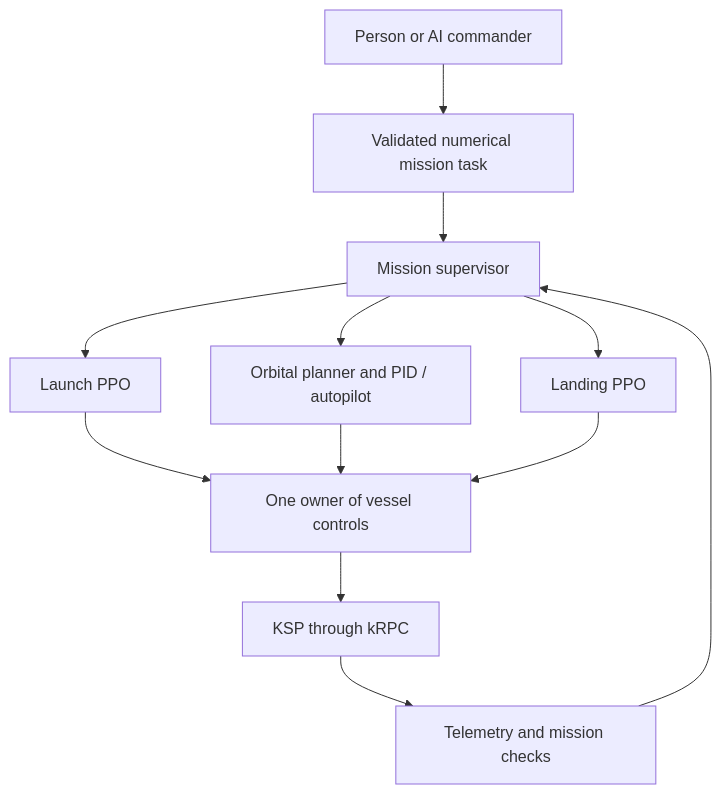
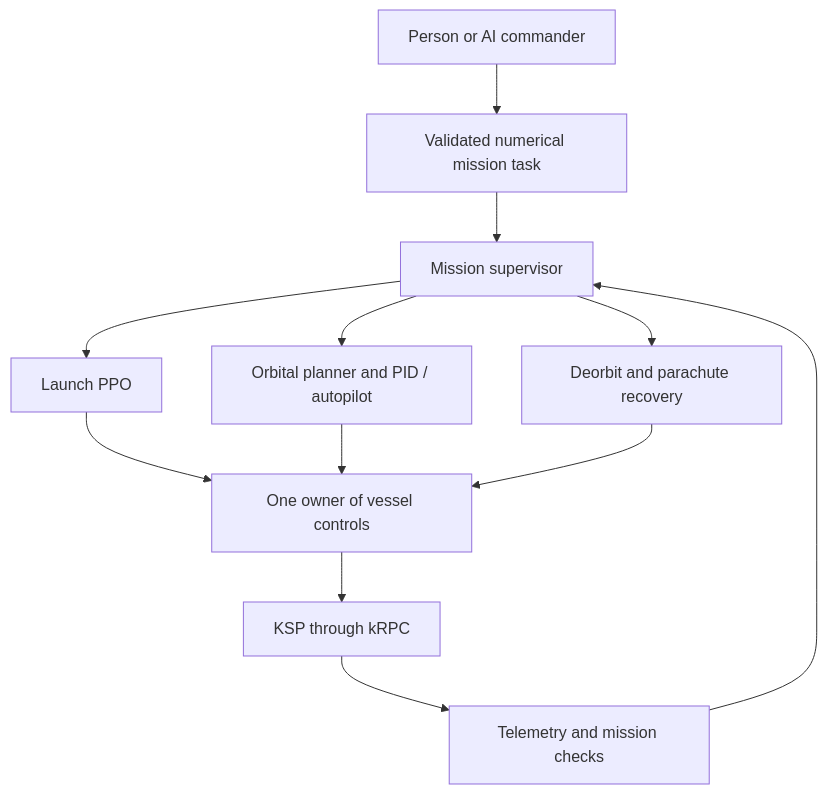
The diagram in README.md (JOk3r01001/Orbit), drawn with Mermaid before and after one commit. The commit also changed other lines of this file and 8 other files, not shown here.

````diff
--- a/README.md
+++ b/README.md
@@ -19,14 +20,14 @@
 ```mermaid
 flowchart TD
     Commander[Person or AI commander] --> Task[Validated numerical mission task]
     Task --> Supervisor[Mission supervisor]
     Supervisor --> Launch[Launch PPO]
     Supervisor --> Maneuver[Orbital planner and PID / autopilot]
-    Supervisor --> Landing[Landing PPO]
+    Supervisor --> Landing[Deorbit and parachute recovery]
     Launch --> Actuator[One owner of vessel controls]
     Maneuver --> Actuator
     Landing --> Actuator
     Actuator --> KSP[KSP through kRPC]
     KSP --> Telemetry[Telemetry and mission checks]
     Telemetry --> Supervisor
 ```
````
